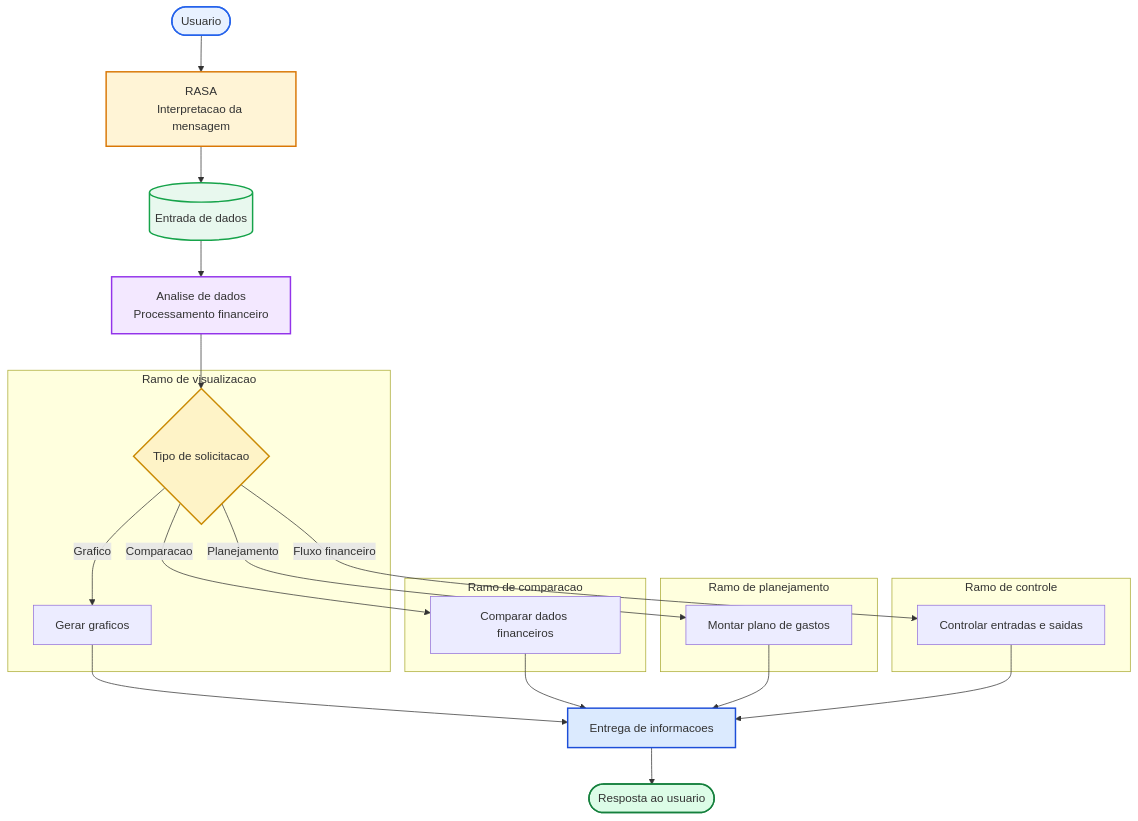
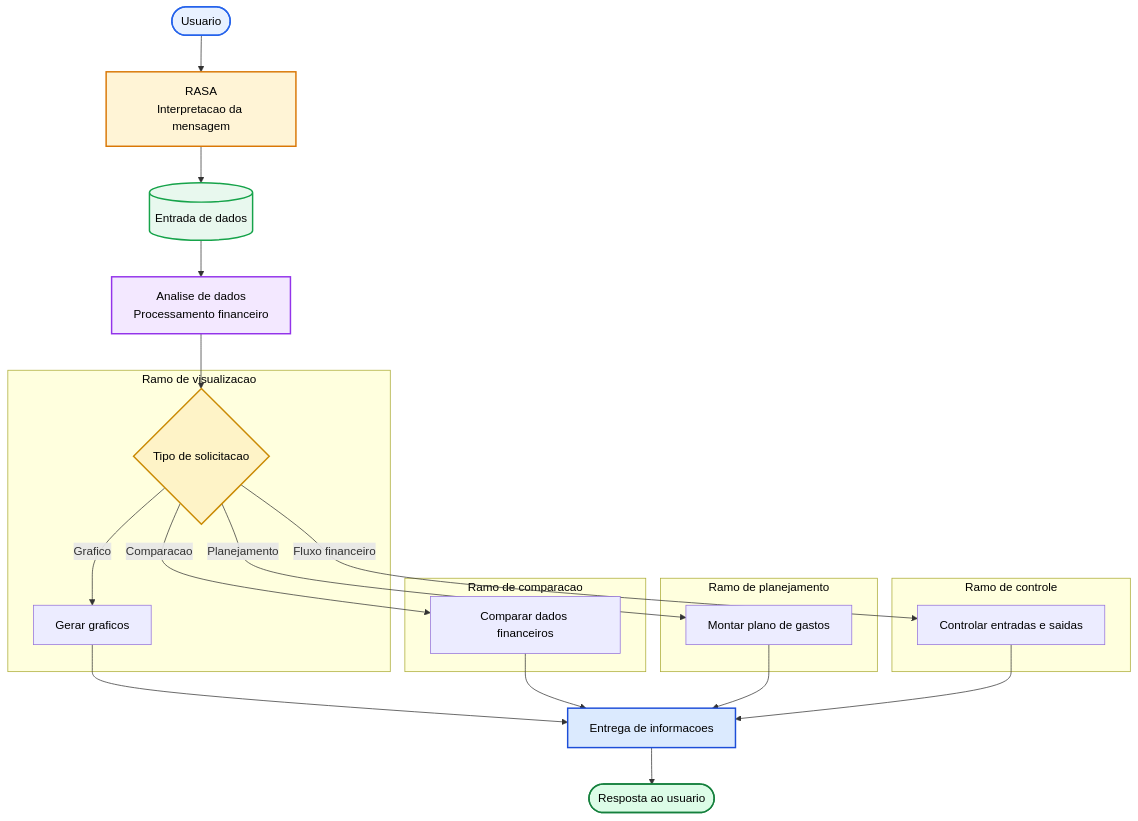
Before and after one commit to g-reitas037/projeto_ia: the first of 2 diagrams in documentacao.md, drawn with Mermaid. The commit also changed other lines of this file and 10 other files, not shown here.

````diff
--- a/documentacao.md
+++ b/documentacao.md
@@ -18,37 +18,45 @@
 ```mermaid
 flowchart TD
     A([Usuario]) --> B[RASA<br/>Interpretacao da mensagem]
     B --> C[(Entrada de dados)]
     C --> D[Analise de dados<br/>Processamento financeiro]
     D --> E{Tipo de solicitacao}
 
     subgraph R1[Ramo de visualizacao]
         E -->|Grafico| F[Gerar graficos]
     end
 
     subgraph R2[Ramo de comparacao]
         E -->|Comparacao| G[Comparar dados financeiros]
     end
 
     subgraph R3[Ramo de planejamento]
         E -->|Planejamento| H[Montar plano de gastos]
     end
 
     subgraph R4[Ramo de controle]
         E -->|Fluxo financeiro| I[Controlar entradas e saidas]
     end
 
     F --> J[Entrega de informacoes]
     G --> J
     H --> J
     I --> J
     J --> K([Resposta ao usuario])
 
-    style A fill:#e8f1ff,stroke:#2563eb,stroke-width:2px
-    style B fill:#fff4d6,stroke:#d97706,stroke-width:2px
-    style C fill:#e8f8ee,stroke:#16a34a,stroke-width:2px
-    style D fill:#f3e8ff,stroke:#9333ea,stroke-width:2px
-    style E fill:#fef3c7,stroke:#ca8a04,stroke-width:2px
-    style J fill:#dbeafe,stroke:#1d4ed8,stroke-width:2px
-    style K fill:#dcfce7,stroke:#15803d,stroke-width:2px
+    style R1 color:#000
+    style R2 color:#000
+    style R3 color:#000
+    style R4 color:#000
+    style A fill:#e8f1ff,stroke:#2563eb,stroke-width:2px,color:#000
+    style B fill:#fff4d6,stroke:#d97706,stroke-width:2px,color:#000
+    style C fill:#e8f8ee,stroke:#16a34a,stroke-width:2px,color:#000
+    style D fill:#f3e8ff,stroke:#9333ea,stroke-width:2px,color:#000
+    style E fill:#fef3c7,stroke:#ca8a04,stroke-width:2px,color:#000
+    style F color:#000
+    style G color:#000
+    style H color:#000
+    style I color:#000
+    style J fill:#dbeafe,stroke:#1d4ed8,stroke-width:2px,color:#000
+    style K fill:#dcfce7,stroke:#15803d,stroke-width:2px,color:#000
 ```
````
